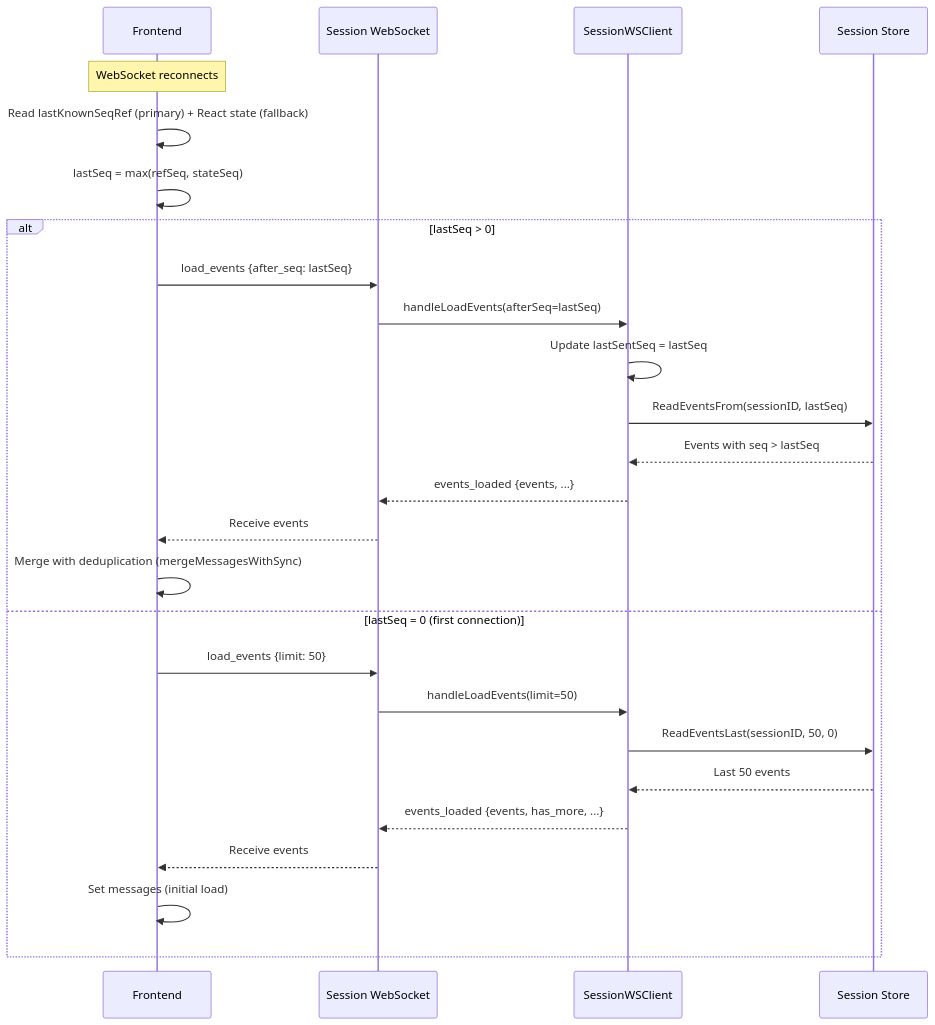
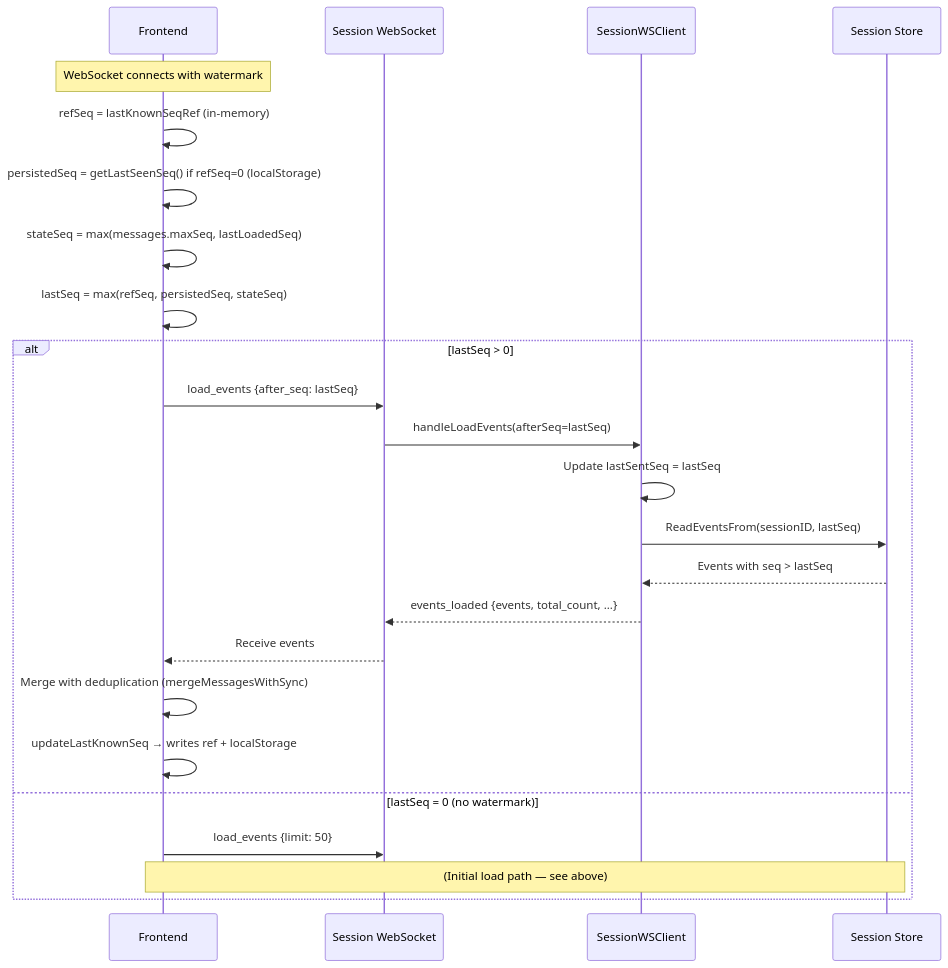
The third of 6 diagrams in docs/devel/websockets/synchronization.md (inercia/mitto), drawn with Mermaid before and after one commit. The commit also changed other lines of this file and 42 other files, not shown here.

First line of the commit message:
MCP tools panel, WebSocket sync hardening, auxiliary session fixes, and test infrastructure (#42)

````diff
--- a/docs/devel/websockets/synchronization.md
+++ b/docs/devel/websockets/synchronization.md
@@ -106,29 +113,27 @@
 ```mermaid
 sequenceDiagram
     participant Client as Frontend
     participant WS as Session WebSocket
     participant Handler as SessionWSClient
     participant Store as Session Store
 
-    Note over Client: WebSocket reconnects
-    Client->>Client: Read lastKnownSeqRef (primary) + React state (fallback)
-    Client->>Client: lastSeq = max(refSeq, stateSeq)
+    Note over Client: WebSocket connects with watermark
+    Client->>Client: refSeq = lastKnownSeqRef (in-memory)
+    Client->>Client: persistedSeq = getLastSeenSeq() if refSeq=0 (localStorage)
+    Client->>Client: stateSeq = max(messages.maxSeq, lastLoadedSeq)
+    Client->>Client: lastSeq = max(refSeq, persistedSeq, stateSeq)
     alt lastSeq > 0
         Client->>WS: load_events {after_seq: lastSeq}
         WS->>Handler: handleLoadEvents(afterSeq=lastSeq)
         Handler->>Handler: Update lastSentSeq = lastSeq
         Handler->>Store: ReadEventsFrom(sessionID, lastSeq)
         Store-->>Handler: Events with seq > lastSeq
-        Handler-->>WS: events_loaded {events, ...}
+        Handler-->>WS: events_loaded {events, total_count, ...}
         WS-->>Client: Receive events
         Client->>Client: Merge with deduplication (mergeMessagesWithSync)
-    else lastSeq = 0 (first connection)
+        Client->>Client: updateLastKnownSeq → writes ref + localStorage
+    else lastSeq = 0 (no watermark)
         Client->>WS: load_events {limit: 50}
-        WS->>Handler: handleLoadEvents(limit=50)
-        Handler->>Store: ReadEventsLast(sessionID, 50, 0)
-        Store-->>Handler: Last 50 events
-        Handler-->>WS: events_loaded {events, has_more, ...}
-        WS-->>Client: Receive events
-        Client->>Client: Set messages (initial load)
+        Note over Client,Store: (Initial load path — see above)
     end
 ```
````
